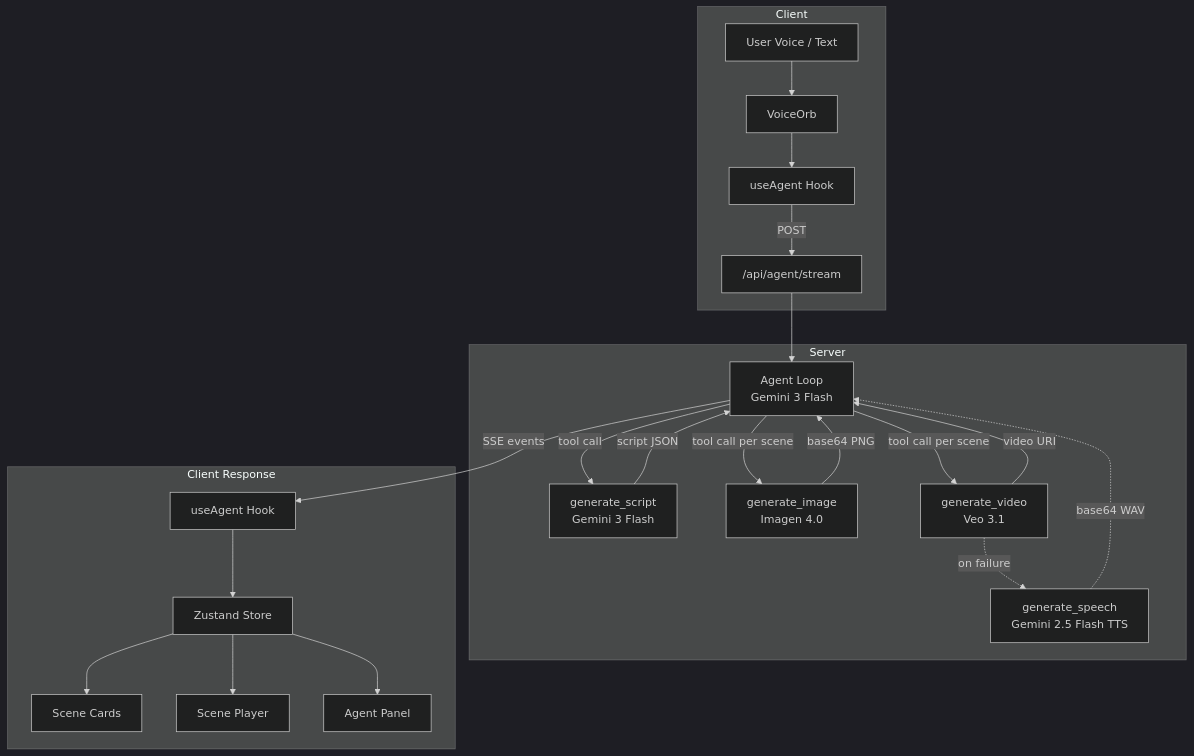
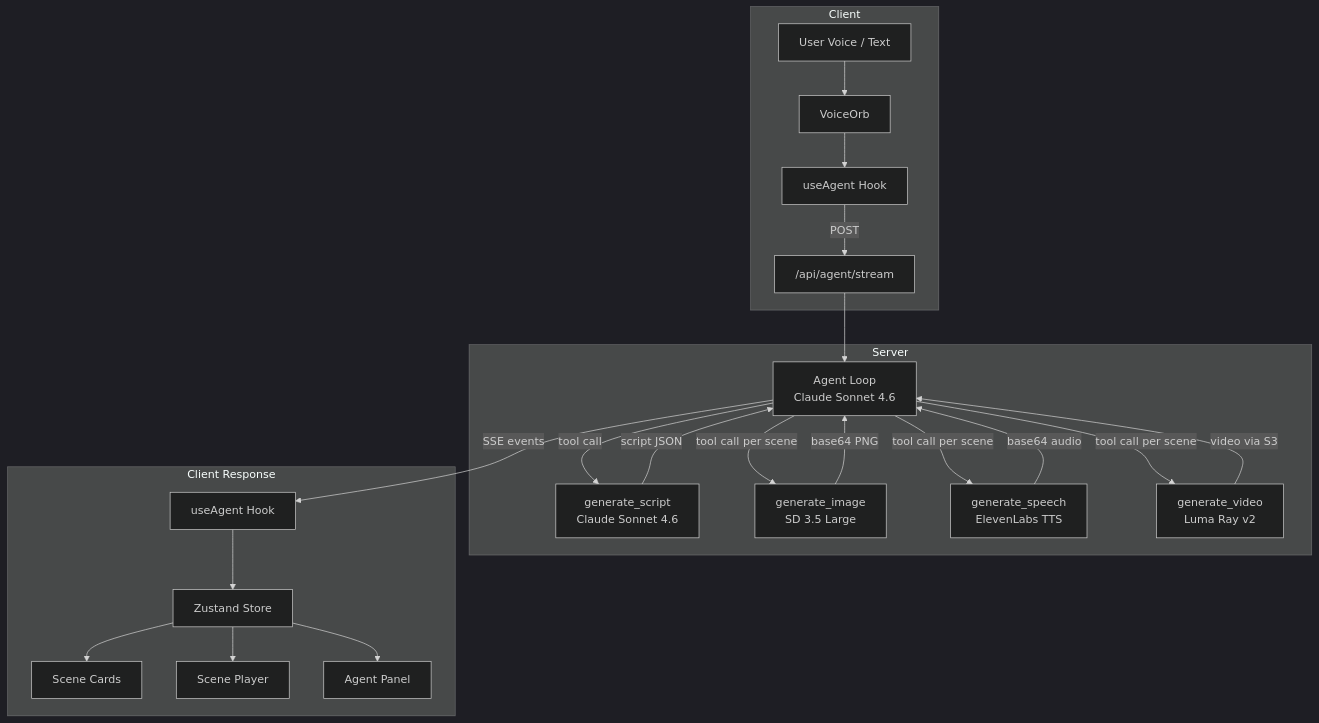
Before and after one commit to NaichuanZhang/director-cut: the diagram in README.md, drawn with Mermaid (dark theme). The commit also changed other lines of this file, not shown here.

First line of the commit message:
docs: update README to reflect AWS Bedrock + ElevenLabs stack

````diff
--- a/README.md
+++ b/README.md
@@ -9,33 +9,33 @@
 ```mermaid
 flowchart TD
     subgraph Client
         A["User Voice / Text"] --> B["VoiceOrb"]
         B --> C["useAgent Hook"]
         C -->|POST| D["/api/agent/stream"]
     end
 
     subgraph Server
         D --> E["Agent Loop
-        Gemini 3 Flash"]
+        Claude Sonnet 4.6"]
         E -->|tool call| F["generate_script
-        Gemini 3 Flash"]
+        Claude Sonnet 4.6"]
         F -->|script JSON| E
         E -->|tool call per scene| G["generate_image
-        Imagen 4.0"]
+        SD 3.5 Large"]
+        E -->|tool call per scene| H["generate_speech
+        ElevenLabs TTS"]
         G -->|base64 PNG| E
-        E -->|tool call per scene| H["generate_video
-        Veo 3.1"]
-        H -->|video URI| E
-        H -.->|on failure| I["generate_speech
-        Gemini 2.5 Flash TTS"]
-        I -.->|base64 WAV| E
+        H -->|base64 audio| E
+        E -->|tool call per scene| I["generate_video
+        Luma Ray v2"]
+        I -->|video via S3| E
     end
 
     subgraph "Client Response"
         E -->|SSE events| J["useAgent Hook"]
         J --> K[Zustand Store]
         K --> L[Scene Cards]
         K --> M[Scene Player]
         K --> N[Agent Panel]
     end
 ```
````
